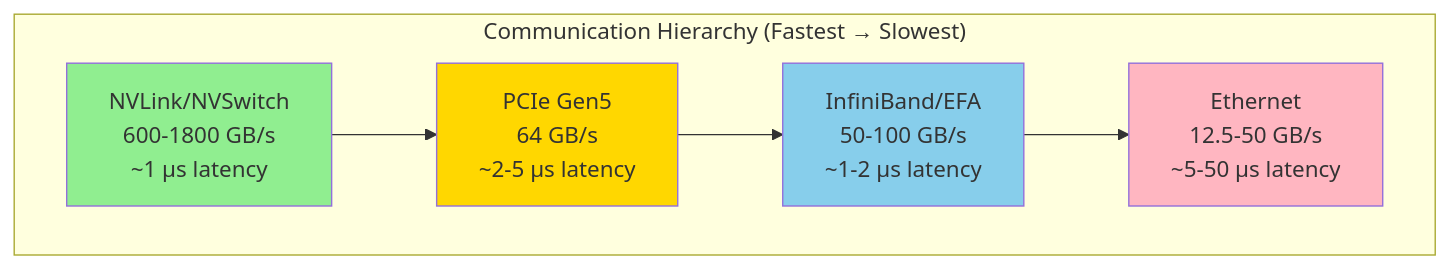
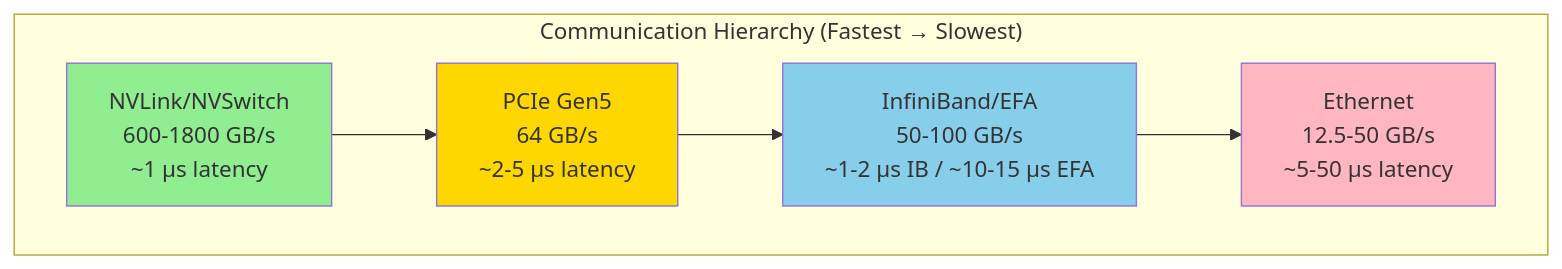
One commit to Mirantis-PS/k0rdent-ai-training changed the first of 9 diagrams in curriculum/week-5-ai-workloads/theory/5.3-gpu-communication.md. Above: the diagram before and after it, drawn with Mermaid. The commit also changed other lines of this file and 66 other files, not shown here.

````diff
--- a/curriculum/week-5-ai-workloads/theory/5.3-gpu-communication.md
+++ b/curriculum/week-5-ai-workloads/theory/5.3-gpu-communication.md
@@ -31,16 +31,16 @@
 ```mermaid
 flowchart TB
     subgraph "Communication Hierarchy (Fastest → Slowest)"
         NVL[NVLink/NVSwitch<br/>600-1800 GB/s<br/>~1 μs latency]
         PCIe[PCIe Gen5<br/>64 GB/s<br/>~2-5 μs latency]
-        IB[InfiniBand/EFA<br/>50-100 GB/s<br/>~1-2 μs latency]
+        IB[InfiniBand/EFA<br/>50-100 GB/s<br/>~1-2 μs IB / ~10-15 μs EFA]
         ETH[Ethernet<br/>12.5-50 GB/s<br/>~5-50 μs latency]
 
         NVL --> PCIe --> IB --> ETH
     end
 
     style NVL fill:#90EE90
     style PCIe fill:#FFD700
     style IB fill:#87CEEB
     style ETH fill:#FFB6C1
 ```
````
